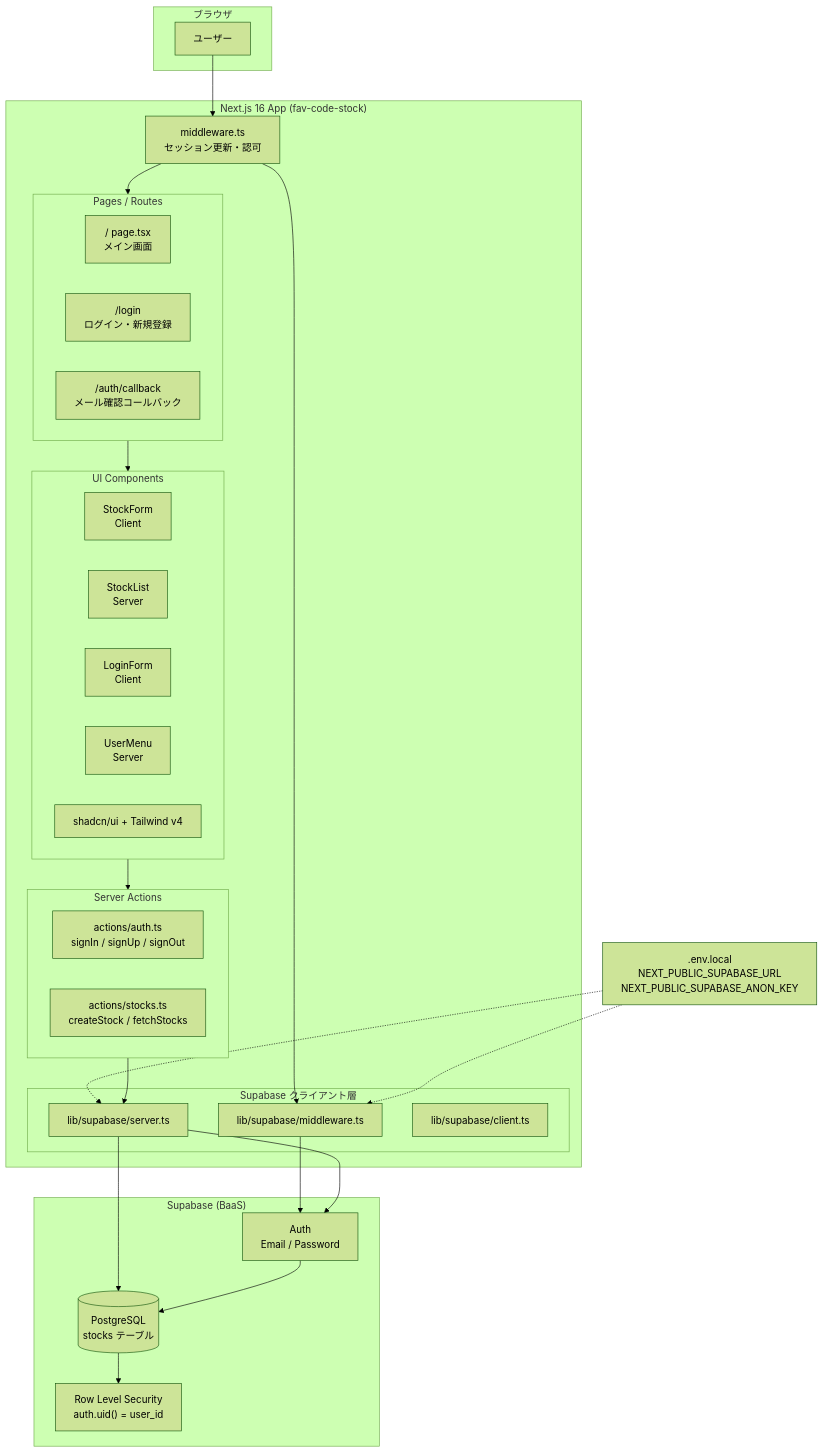
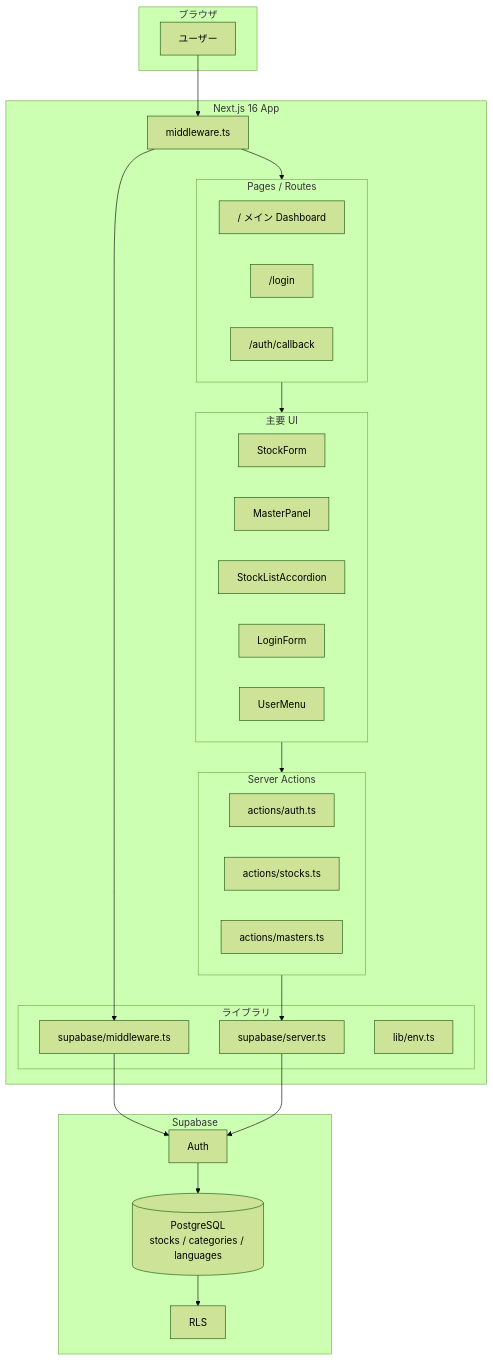
One commit to ryo-riverfield/fav-code-stock changed the first of 5 diagrams in docs/architecture.md. Above: the diagram before and after it, drawn with Mermaid (forest theme). The commit also changed other lines of this file and 21 other files, not shown here.

````diff
--- a/docs/architecture.md
+++ b/docs/architecture.md
@@ -51,57 +53,46 @@
 ```mermaid
 flowchart TB
     subgraph Client["ブラウザ"]
         U[ユーザー]
     end
 
-    subgraph NextApp["Next.js 16 App (fav-code-stock)"]
-        MW["middleware.ts<br/>セッション更新・認可"]
+    subgraph NextApp["Next.js 16 App"]
+        MW["middleware.ts"]
 
         subgraph Pages["Pages / Routes"]
-            P_HOME["/ page.tsx<br/>メイン画面"]
-            P_LOGIN["/login<br/>ログイン・新規登録"]
-            P_CB["/auth/callback<br/>メール確認コールバック"]
+            P_HOME["/ メイン Dashboard"]
+            P_LOGIN["/login"]
+            P_CB["/auth/callback"]
         end
 
-        subgraph Components["UI Components"]
-            SF[StockForm<br/>Client]
-            SL[StockList<br/>Server]
-            LF[LoginForm<br/>Client]
-            UM[UserMenu<br/>Server]
-            UI[shadcn/ui + Tailwind v4]
+        subgraph Components["主要 UI"]
+            SF[StockForm]
+            MP[MasterPanel]
+            SLA[StockListAccordion]
+            LF[LoginForm]
+            UM[UserMenu]
         end
 
         subgraph Actions["Server Actions"]
-            AUTH["actions/auth.ts<br/>signIn / signUp / signOut"]
-            STOCK["actions/stocks.ts<br/>createStock / fetchStocks"]
+            AUTH["actions/auth.ts"]
+            STOCK["actions/stocks.ts"]
+            MASTER["actions/masters.ts"]
         end
 
-        subgraph Lib["Supabase クライアント層"]
-            SRV["lib/supabase/server.ts"]
-            MID["lib/supabase/middleware.ts"]
-            BR["lib/supabase/client.ts"]
+        subgraph Lib["ライブラリ"]
+            SRV["supabase/server.ts"]
+            MID["supabase/middleware.ts"]
+            ENV["lib/env.ts"]
         end
     end
 
-    subgraph Supabase["Supabase (BaaS)"]
-        AUTH_SVC["Auth<br/>Email / Password"]
-        DB[("PostgreSQL<br/>stocks テーブル")]
-        RLS["Row Level Security<br/>auth.uid() = user_id"]
+    subgraph Supabase["Supabase"]
+        AUTH_SVC["Auth"]
+        DB[("PostgreSQL<br/>stocks / categories / languages")]
+        RLS["RLS"]
     end
 
-    ENV[".env.local<br/>NEXT_PUBLIC_SUPABASE_URL<br/>NEXT_PUBLIC_SUPABASE_ANON_KEY"]
-
-    U --> MW
-    MW --> Pages
-    Pages --> Components
-    Components --> Actions
-    Actions --> SRV
-    MW --> MID
-    MID --> AUTH_SVC
-    SRV --> AUTH_SVC
-    SRV --> DB
-    DB --> RLS
-    AUTH_SVC --> DB
-    ENV -.-> SRV
-    ENV -.-> MID
+    U --> MW --> Pages --> Components --> Actions --> SRV
+    MW --> MID --> AUTH_SVC
+    SRV --> AUTH_SVC --> DB --> RLS
 ```
````
